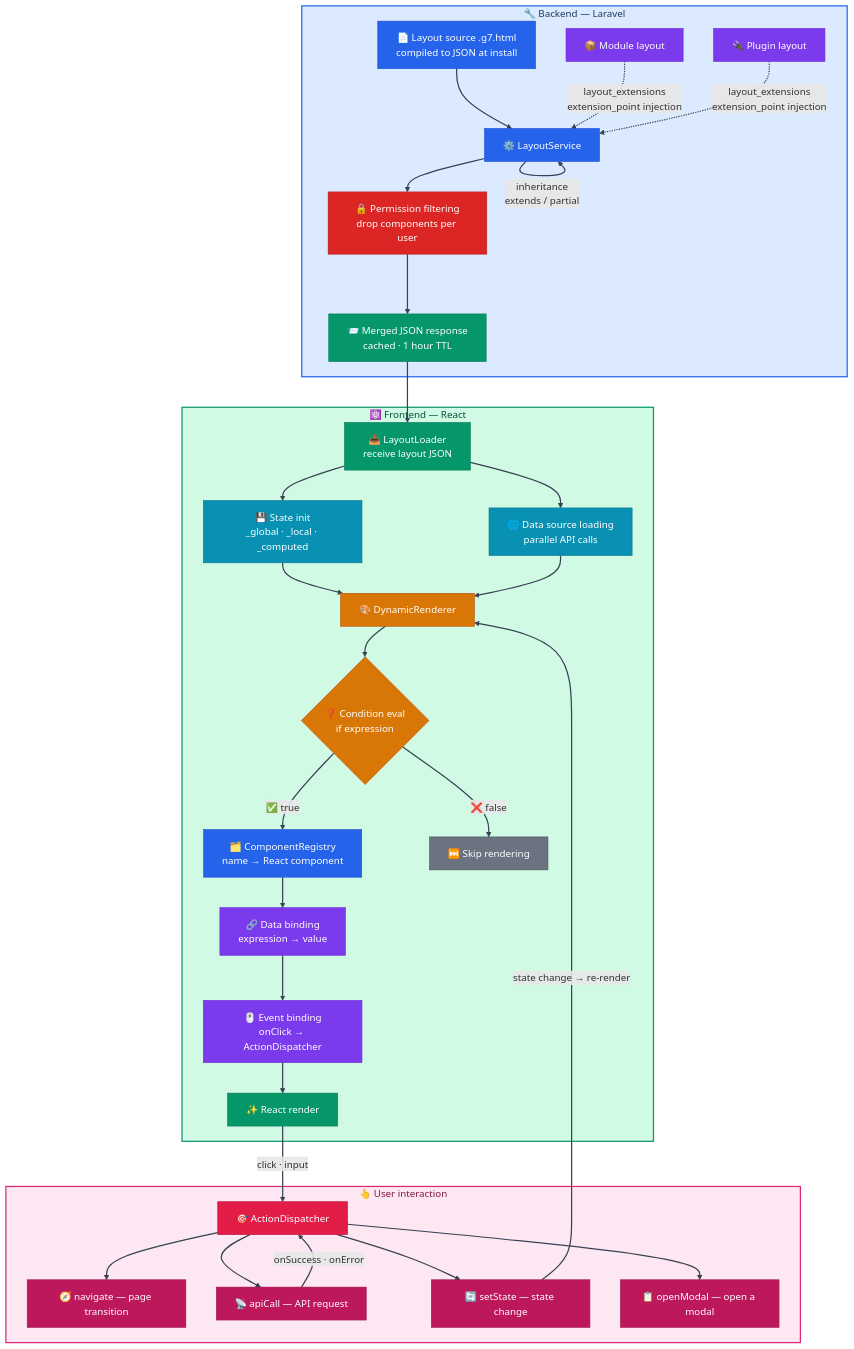
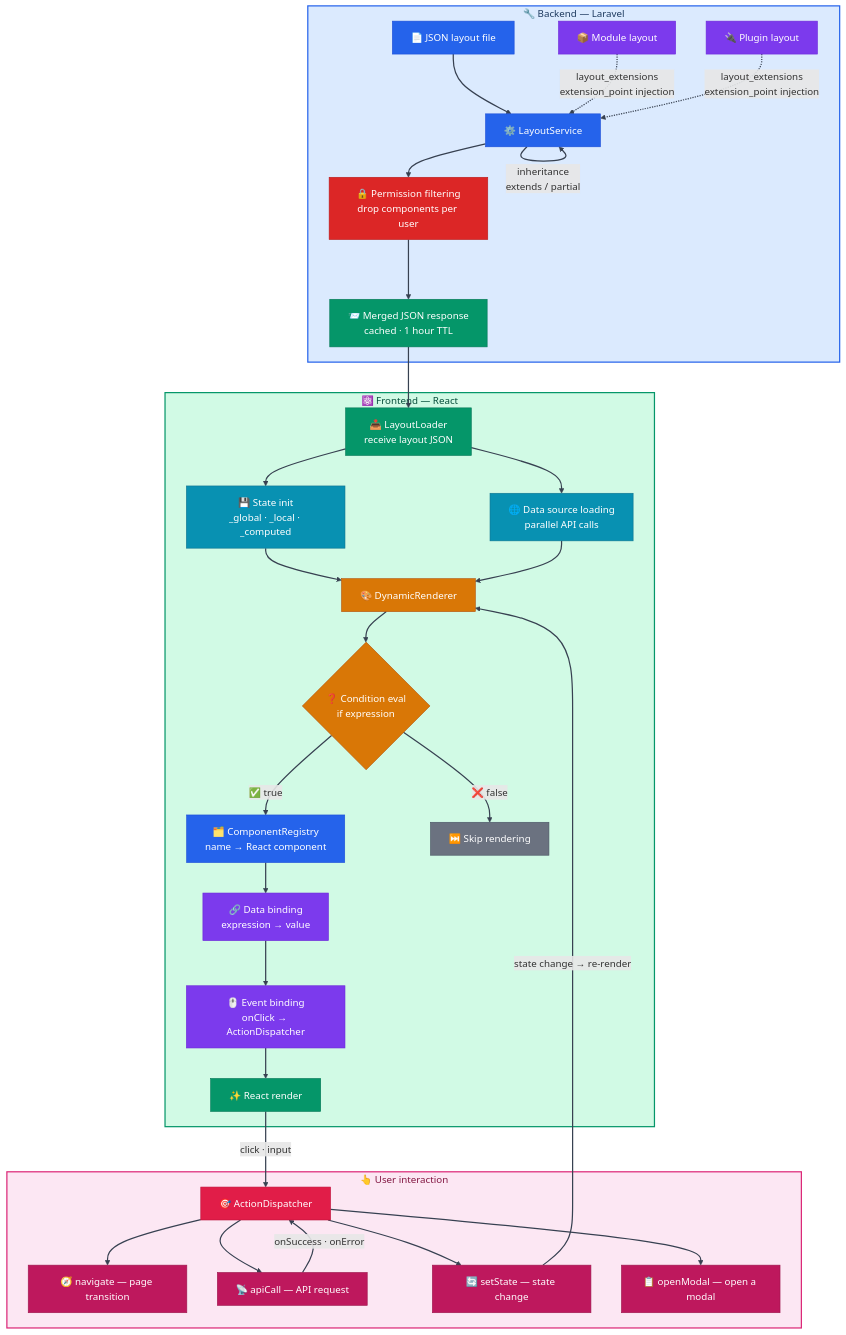
One commit to gnuboard/g7 changed the diagram in README.md. Above: the diagram before and after it, drawn with Mermaid. The commit also changed other lines of this file and 12552 other files, not shown here.

````diff
--- a/README.md
+++ b/README.md
@@ -117,66 +117,66 @@
 ```mermaid
 flowchart TB
     subgraph Backend ["🔧 Backend — Laravel"]
-        A["📄 Layout source .g7.html<br/>compiled to JSON at install"] --> B["⚙️ LayoutService"]
+        A["📄 JSON layout file"] --> B["⚙️ LayoutService"]
         B --> |"inheritance<br/>extends / partial"| B
         M["📦 Module layout"] -.-> |"layout_extensions<br/>extension_point injection"| B
         P["🔌 Plugin layout"] -.-> |"layout_extensions<br/>extension_point injection"| B
         B --> C["🔒 Permission filtering<br/>drop components per user"]
         C --> D["📨 Merged JSON response<br/>cached · 1 hour TTL"]
     end
 
     subgraph Frontend ["⚛️ Frontend — React"]
         D --> E["📥 LayoutLoader<br/>receive layout JSON"]
         E --> F["💾 State init<br/>_global · _local · _computed"]
         E --> G["🌐 Data source loading<br/>parallel API calls"]
         F & G --> H["🎨 DynamicRenderer"]
 
         H --> I{"❓ Condition eval<br/>if expression"}
         I --> |"✅ true"| J["🗂️ ComponentRegistry<br/>name → React component"]
         I --> |"❌ false"| K["⏭️ Skip rendering"]
 
         J --> L["🔗 Data binding<br/>expression → value"]
         L --> N["🖱️ Event binding<br/>onClick → ActionDispatcher"]
         N --> O["✨ React render"]
     end
 
     subgraph Actions ["👆 User interaction"]
         O --> |"click · input"| Q["🎯 ActionDispatcher"]
         Q --> R["🧭 navigate — page transition"]
         Q --> S["📡 apiCall — API request"]
         Q --> T["🔄 setState — state change"]
         Q --> U["📋 openModal — open a modal"]
         S --> |"onSuccess · onError"| Q
         T --> |"state change → re-render"| H
     end
 
     style Backend fill:#dbeafe,stroke:#2563eb,stroke-width:2px,color:#1e3a5f
     style Frontend fill:#d1fae5,stroke:#059669,stroke-width:2px,color:#064e3b
     style Actions fill:#fce7f3,stroke:#db2777,stroke-width:2px,color:#831843
 
     style A fill:#2563eb,stroke:#1d4ed8,color:#fff
     style B fill:#2563eb,stroke:#1d4ed8,color:#fff
     style M fill:#7c3aed,stroke:#6d28d9,color:#fff
     style P fill:#7c3aed,stroke:#6d28d9,color:#fff
     style C fill:#dc2626,stroke:#b91c1c,color:#fff
     style D fill:#059669,stroke:#047857,color:#fff
 
     style E fill:#059669,stroke:#047857,color:#fff
     style F fill:#0891b2,stroke:#0e7490,color:#fff
     style G fill:#0891b2,stroke:#0e7490,color:#fff
     style H fill:#d97706,stroke:#b45309,color:#fff
     style I fill:#d97706,stroke:#b45309,color:#fff
     style J fill:#2563eb,stroke:#1d4ed8,color:#fff
     style K fill:#6b7280,stroke:#4b5563,color:#fff
     style L fill:#7c3aed,stroke:#6d28d9,color:#fff
     style N fill:#7c3aed,stroke:#6d28d9,color:#fff
     style O fill:#059669,stroke:#047857,color:#fff
 
     style Q fill:#e11d48,stroke:#be123c,color:#fff
     style R fill:#be185d,stroke:#9d174d,color:#fff
     style S fill:#be185d,stroke:#9d174d,color:#fff
     style T fill:#be185d,stroke:#9d174d,color:#fff
     style U fill:#be185d,stroke:#9d174d,color:#fff
 
     linkStyle default stroke:#374151,stroke-width:2px
 ```
````
